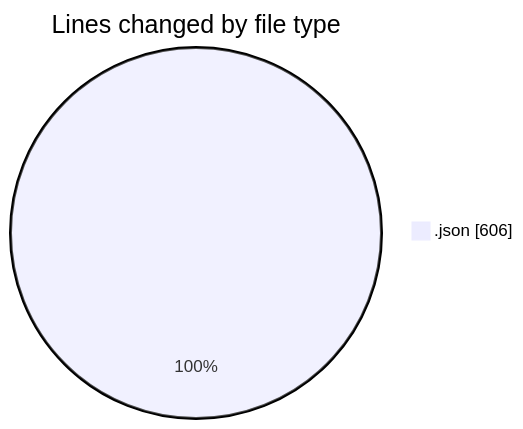
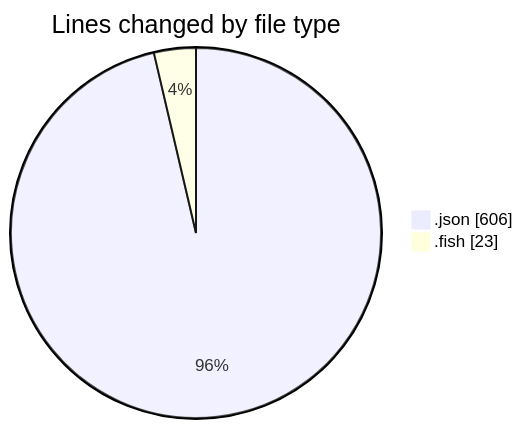
The first of 2 diagrams in 2025-07-10/ribbon/README.md (EIIisD/code-tracking), drawn with Mermaid before and after one commit. The commit also changed other lines of this file and 1 other file, not shown here.

````diff
--- a/2025-07-10/ribbon/README.md
+++ b/2025-07-10/ribbon/README.md
@@ -21,5 +22,6 @@
 ```mermaid
 pie showData
 title Lines changed by file type
 ".json" : 606
+".fish" : 23
 ```
````
